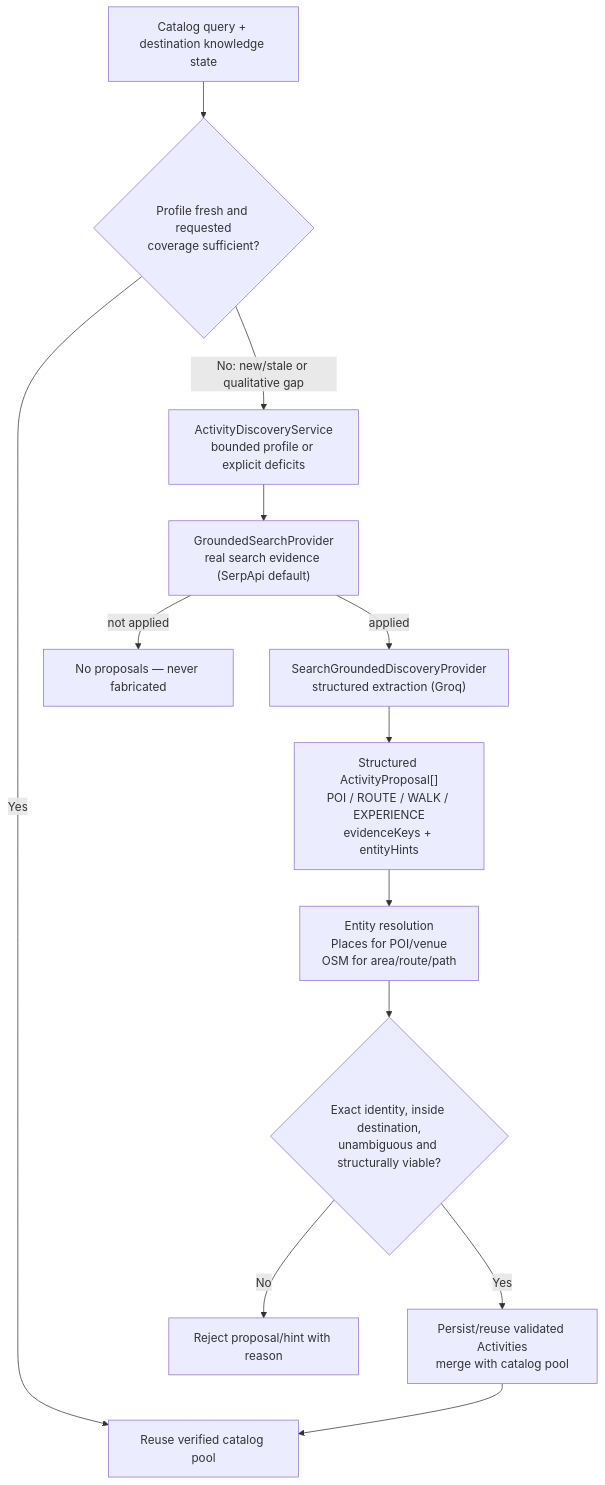
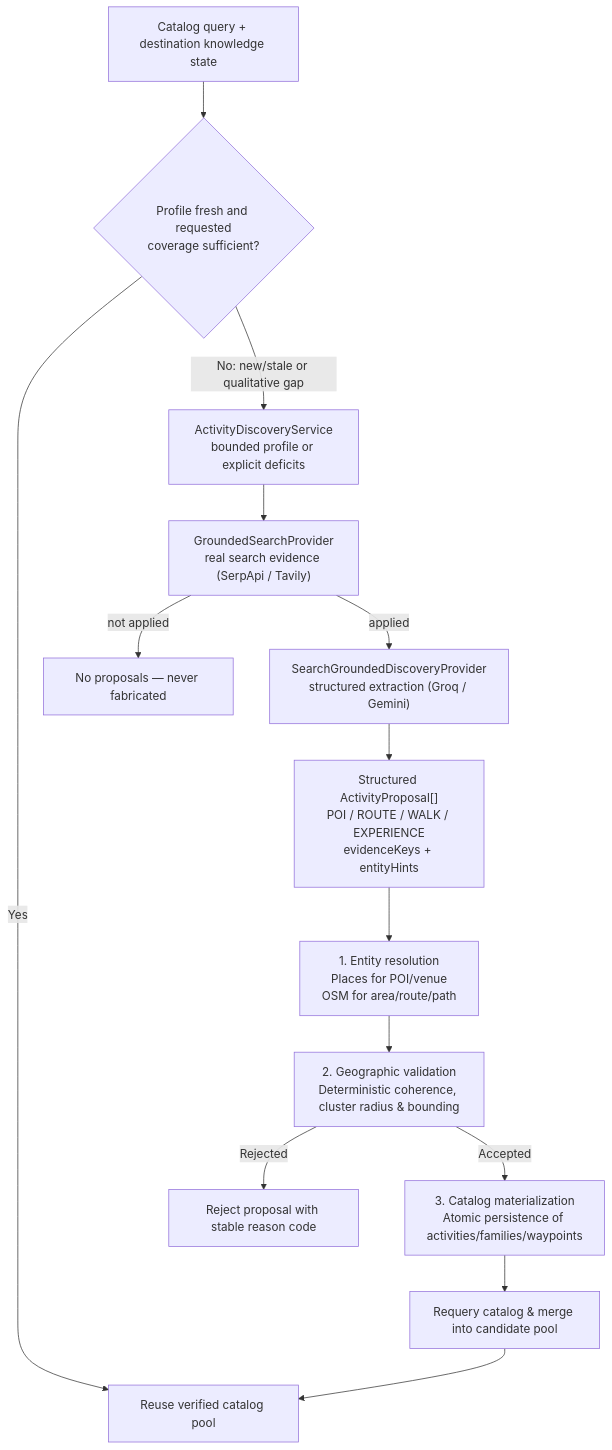
Diagram 14 of 14 in docs/architecture/activity-discovery-and-tour-generation.md (entity-builders-labs/zig-zag), drawn with Mermaid before and after one commit. The commit also changed other lines of this file and 105 other files, not shown here.

First line of the commit message:
feat(tour-engine): geographic validation, transactional outbox and media hardening

````diff
--- a/docs/architecture/activity-discovery-and-tour-generation.md
+++ b/docs/architecture/activity-discovery-and-tour-generation.md
@@ -1045,15 +1046,16 @@
 ```mermaid
 flowchart TD
     CAT["Catalog query + destination knowledge state"] --> COVER{"Profile fresh and requested<br/>coverage sufficient?"}
     COVER -- Yes --> POOL["Reuse verified catalog pool"]
     COVER -- "No: new/stale or qualitative gap" --> DISC["ActivityDiscoveryService<br/>bounded profile or explicit deficits"]
-    DISC --> SEARCH["GroundedSearchProvider<br/>real search evidence (SerpApi default)"]
+    DISC --> SEARCH["GroundedSearchProvider<br/>real search evidence (SerpApi / Tavily)"]
     SEARCH -- "not applied" --> EMPTY["No proposals — never fabricated"]
-    SEARCH -- applied --> GROUND["SearchGroundedDiscoveryProvider<br/>structured extraction (Groq)"]
+    SEARCH -- applied --> GROUND["SearchGroundedDiscoveryProvider<br/>structured extraction (Groq / Gemini)"]
     GROUND --> PROP["Structured ActivityProposal[]<br/>POI / ROUTE / WALK / EXPERIENCE<br/>evidenceKeys + entityHints"]
-    PROP --> RESOLVE["Entity resolution<br/>Places for POI/venue<br/>OSM for area/route/path"]
-    RESOLVE --> VALID{"Exact identity, inside destination,<br/>unambiguous and structurally viable?"}
-    VALID -- No --> DROP["Reject proposal/hint with reason"]
-    VALID -- Yes --> MERGE["Persist/reuse validated Activities<br/>merge with catalog pool"]
-    MERGE --> POOL
+    PROP --> RESOLVE["1. Entity resolution<br/>Places for POI/venue<br/>OSM for area/route/path"]
+    RESOLVE --> GEOVALID["2. Geographic validation<br/>Deterministic coherence, cluster radius & bounding"]
+    GEOVALID -- Rejected --> DROP["Reject proposal with stable reason code"]
+    GEOVALID -- Accepted --> MATERIALIZE["3. Catalog materialization<br/>Atomic persistence of activities/families/waypoints"]
+    MATERIALIZE --> REQUERY["Requery catalog & merge into candidate pool"]
+    REQUERY --> POOL
 ```
````
